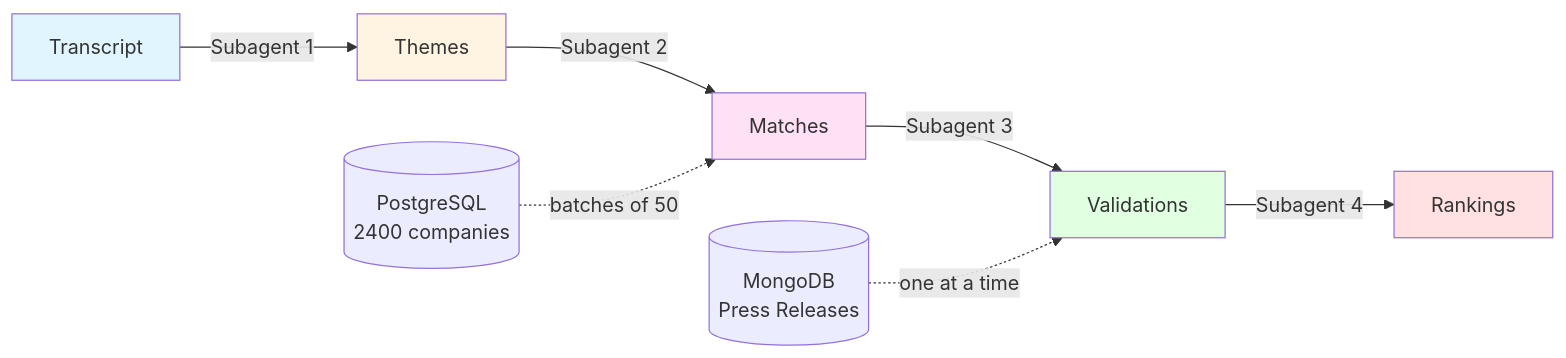
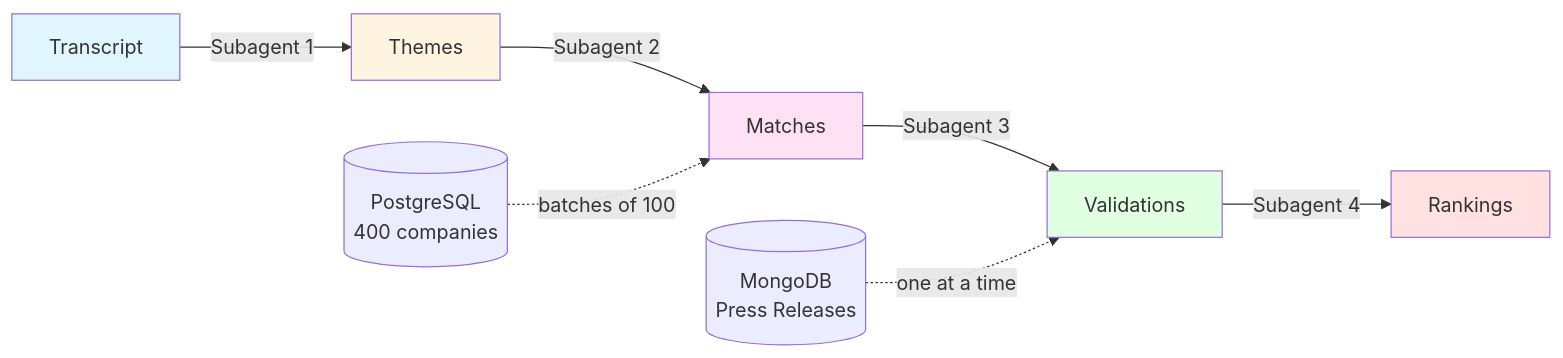
The first of 2 diagrams in examples/ai_theme_plays/README.md (CollierKing/deep-research-examples), drawn with Mermaid before and after one commit. The commit also changed other lines of this file, not shown here.

````diff
--- a/examples/ai_theme_plays/README.md
+++ b/examples/ai_theme_plays/README.md
@@ -20,16 +20,16 @@
 ```mermaid
 graph LR
     A[Transcript] -->|Subagent 1| B[Themes]
     B -->|Subagent 2| C[Matches]
     C -->|Subagent 3| D[Validations]
     D -->|Subagent 4| E[Rankings]
     
-    F[(PostgreSQL<br/>2400 companies)] -.->|batches of 50| C
+    F[(PostgreSQL<br/>400 companies)] -.->|batches of 100| C
     G[(MongoDB<br/>Press Releases)] -.->|one at a time| D
     
     style A fill:#e1f5ff
     style B fill:#fff4e1
     style C fill:#ffe1f5
     style D fill:#e1ffe1
     style E fill:#ffe1e1
 ```
````
